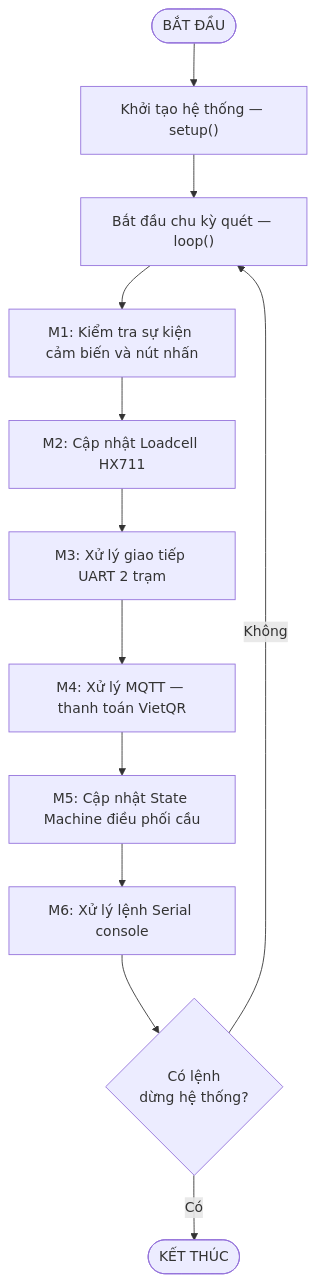
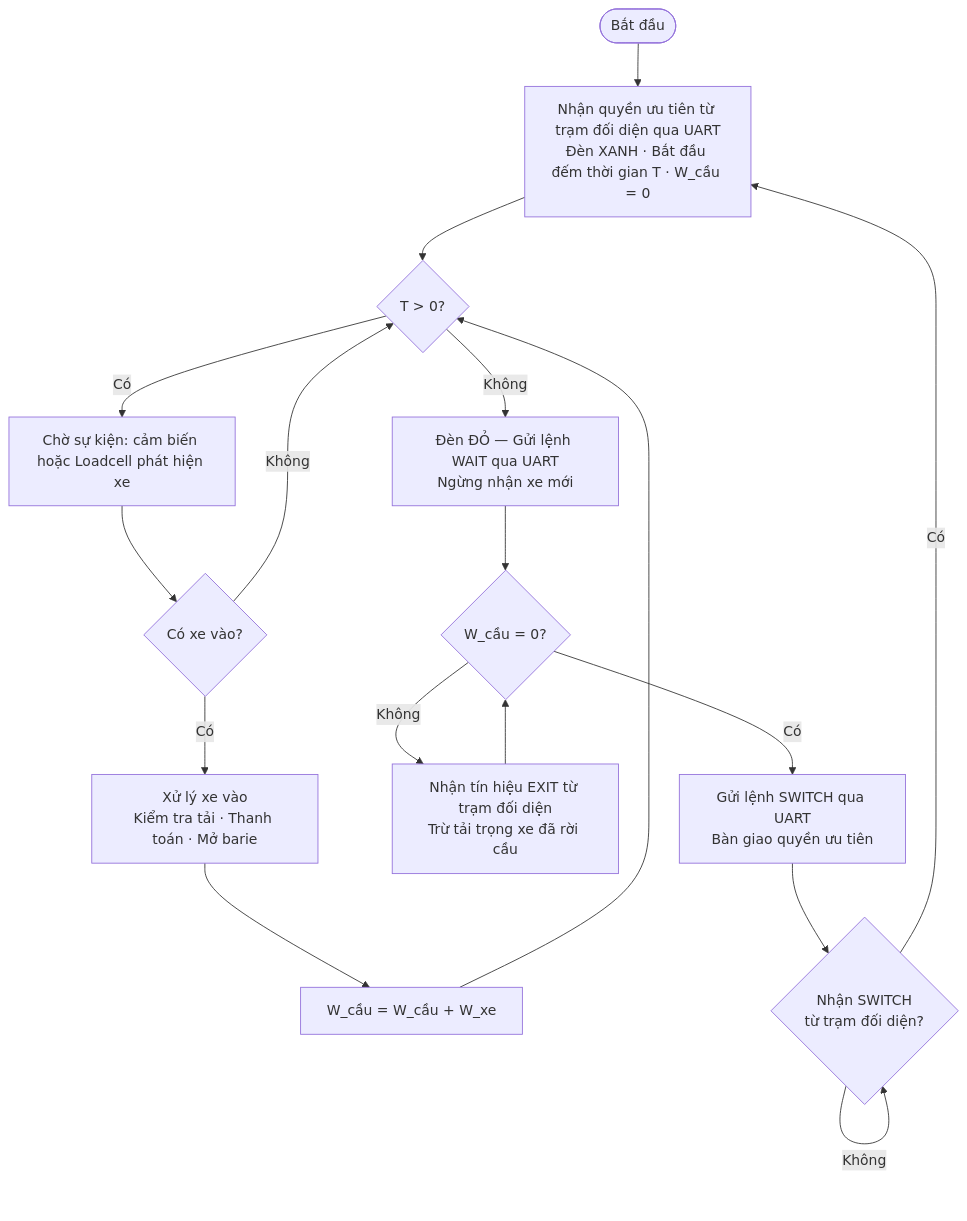
Before and after one commit to kimthanh2301/hihi: the first of 3 diagrams in hi.md, drawn with Mermaid. The commit also changed other lines of this file, not shown here.

````diff
--- a/hi.md
+++ b/hi.md
@@ -9,19 +9,25 @@
 ```mermaid
 flowchart TD
-    S([BẮT ĐẦU])
-    A["Khởi tạo hệ thống — setup()"]
-    B["Bắt đầu chu kỳ quét — loop()"]
-    C["M1: Kiểm tra sự kiện cảm biến và nút nhấn"]
-    D["M2: Cập nhật Loadcell HX711"]
-    E["M3: Xử lý giao tiếp UART 2 trạm"]
-    F["M4: Xử lý MQTT — thanh toán VietQR"]
-    G["M5: Cập nhật State Machine điều phối cầu"]
-    H["M6: Xử lý lệnh Serial console"]
-    STOP{"Có lệnh\ndừng hệ thống?"}
-    END([KẾT THÚC])
+    S([Bắt đầu])
+    A[Nhận quyền ưu tiên từ trạm đối diện qua UART\nĐèn XANH · Bắt đầu đếm thời gian T · W_cầu = 0]
+    B{T > 0?}
+    C[Chờ sự kiện: cảm biến hoặc Loadcell phát hiện xe]
+    D{Có xe vào?}
+    E[Xử lý xe vào\nKiểm tra tải · Thanh toán · Mở barie]
+    F[W_cầu = W_cầu + W_xe]
+    G[Đèn ĐỎ — Gửi lệnh WAIT qua UART\nNgừng nhận xe mới]
+    H{W_cầu = 0?}
+    I[Nhận tín hiệu EXIT từ trạm đối diện\nTrừ tải trọng xe đã rời cầu]
+    J[Gửi lệnh SWITCH qua UART\nBàn giao quyền ưu tiên]
+    K{Nhận SWITCH\ntừ trạm đối diện?}
 
     S --> A --> B
-    B --> C --> D --> E --> F --> G --> H --> STOP
-    STOP -- Không --> B
-    STOP -- Có --> END
+    B -- Có --> C --> D
+    D -- Không --> B
+    D -- Có --> E --> F --> B
+    B -- Không --> G --> H
+    H -- Không --> I --> H
+    H -- Có --> J --> K
+    K -- Không --> K
+    K -- Có --> A
 ```
````
